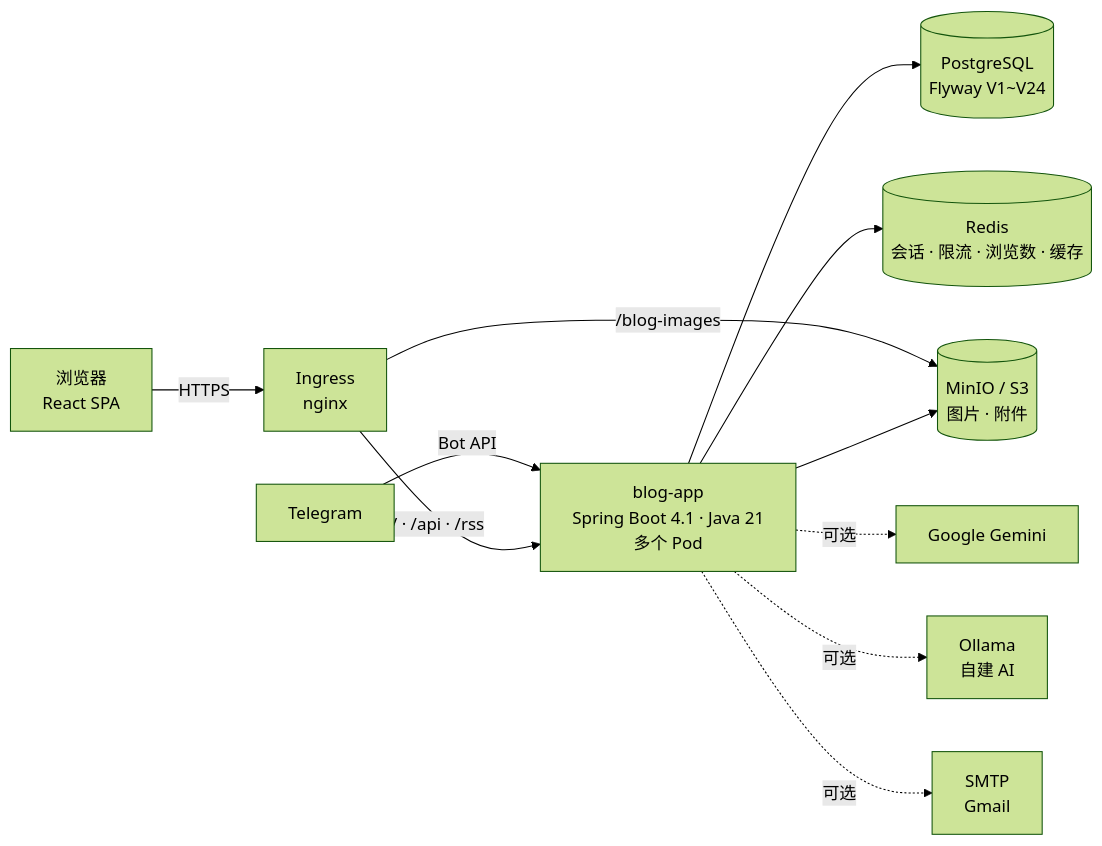
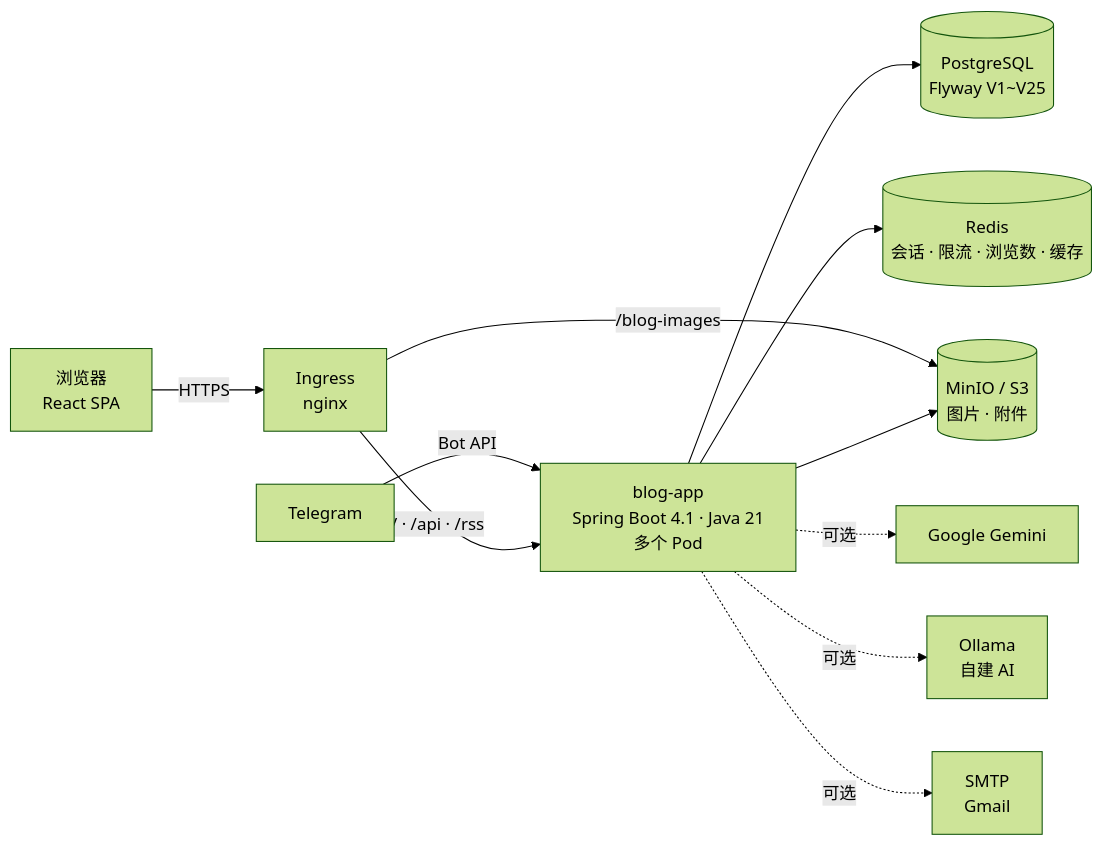
One commit to AIGJ-01-002-blog/Devlog changed the first of 3 diagrams in README.zh.md. Above: the diagram before and after it, drawn with Mermaid (forest theme). The commit also changed other lines of this file and 52 other files, not shown here.

````diff
--- a/README.zh.md
+++ b/README.zh.md
@@ -151,13 +151,13 @@
 ```mermaid
 flowchart LR
     B[浏览器<br/>React SPA] -->|HTTPS| I[Ingress<br/>nginx]
     T[Telegram] -->|Bot API| A
     I -->|/ · /api · /rss| A[blog-app<br/>Spring Boot 4.1 · Java 21<br/>多个 Pod]
     I -->|/blog-images| M[(MinIO / S3<br/>图片 · 附件)]
-    A --> P[(PostgreSQL<br/>Flyway V1~V24)]
+    A --> P[(PostgreSQL<br/>Flyway V1~V25)]
     A --> R[(Redis<br/>会话 · 限流 · 浏览数 · 缓存)]
     A --> M
     A -.可选.-> G[Google Gemini]
     A -.可选.-> O[Ollama<br/>自建 AI]
     A -.可选.-> S[SMTP<br/>Gmail]
 ```
````
